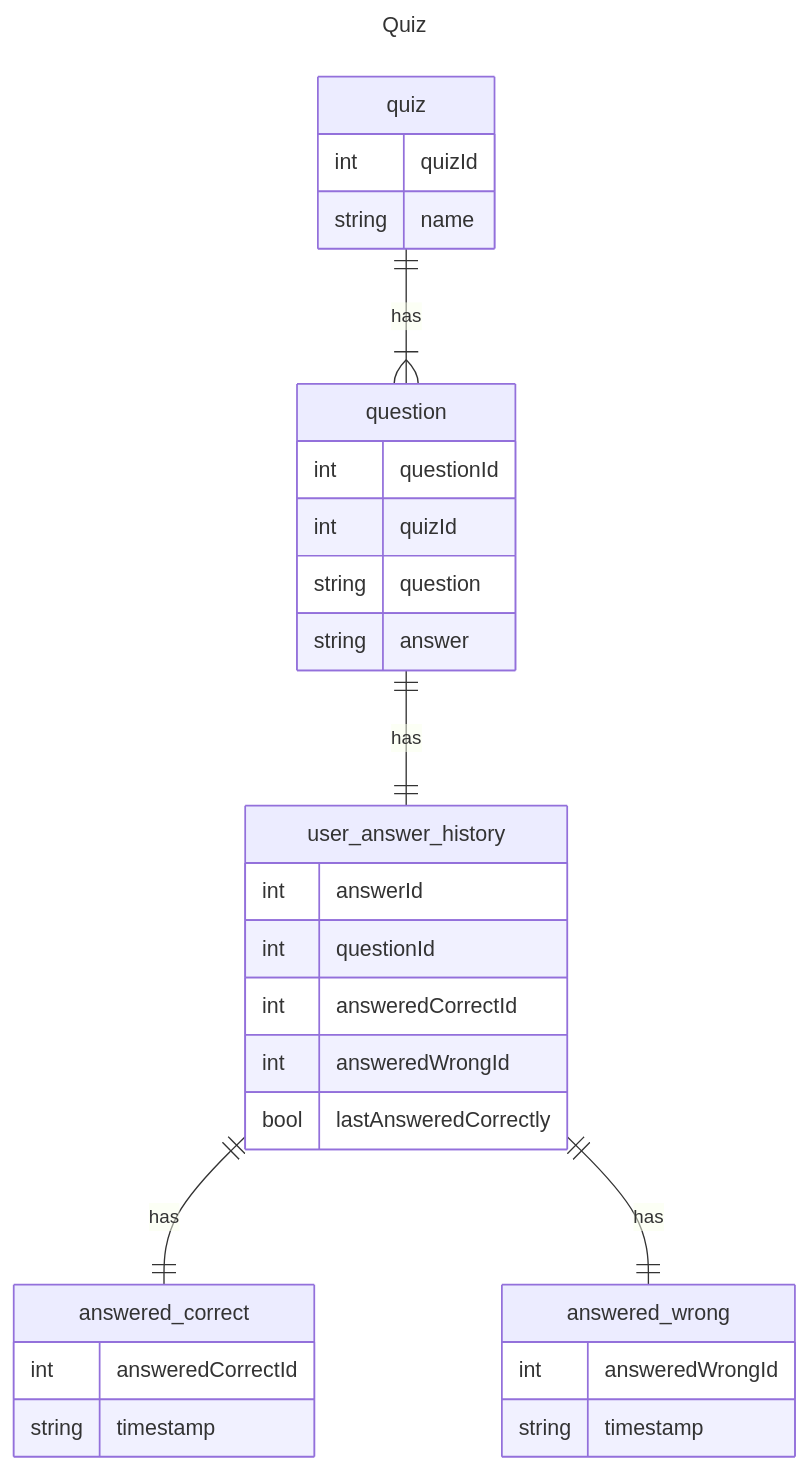
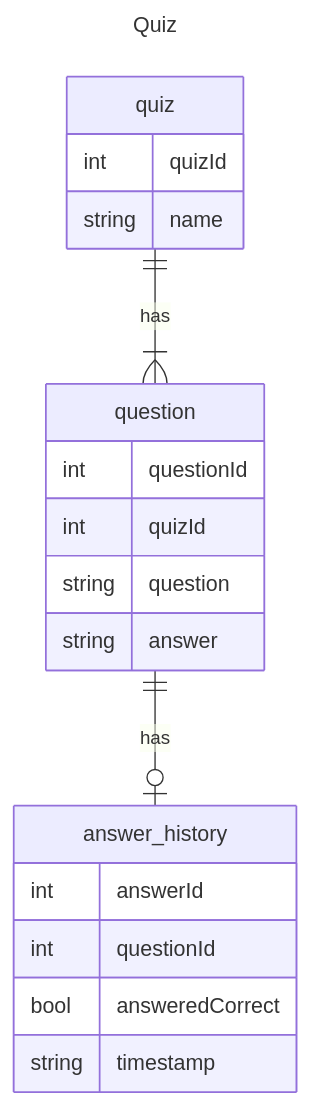
One commit to Duskgame/obsidian_notes changed the diagram in App project/Planning/Quiz ERM.md. Above: the diagram before and after it, drawn with Mermaid. The commit also changed 7 other files, not shown here.

````diff
--- a/App project/Planning/Quiz ERM.md
+++ b/App project/Planning/Quiz ERM.md
@@ -2,40 +2,27 @@
 ```mermaid
 ---
 title: Quiz
 ---
 erDiagram
 	quiz {
 		int quizId
 		string name
 	}
 	
 	question {
 		int questionId
 		int quizId
 		string question
 		string answer
 	}
 	
-	user_answer_history {
+	answer_history {
 		int answerId
 		int questionId
-		int answeredCorrectId
-		int answeredWrongId
-		bool lastAnsweredCorrectly
-	}
-	
-	answered_correct {
-		int answeredCorrectId
+		bool answeredCorrect
 		string timestamp
 	}
-	
-	answered_wrong {
-		int answeredWrongId
-		string timestamp
-	}
-	
+		
 	quiz ||--|{ question: has
-	question ||--|| user_answer_history: has
-	user_answer_history ||--|| answered_correct: has
-	user_answer_history ||--|| answered_wrong: has
+	question ||--o| answer_history: has
 ```
````
